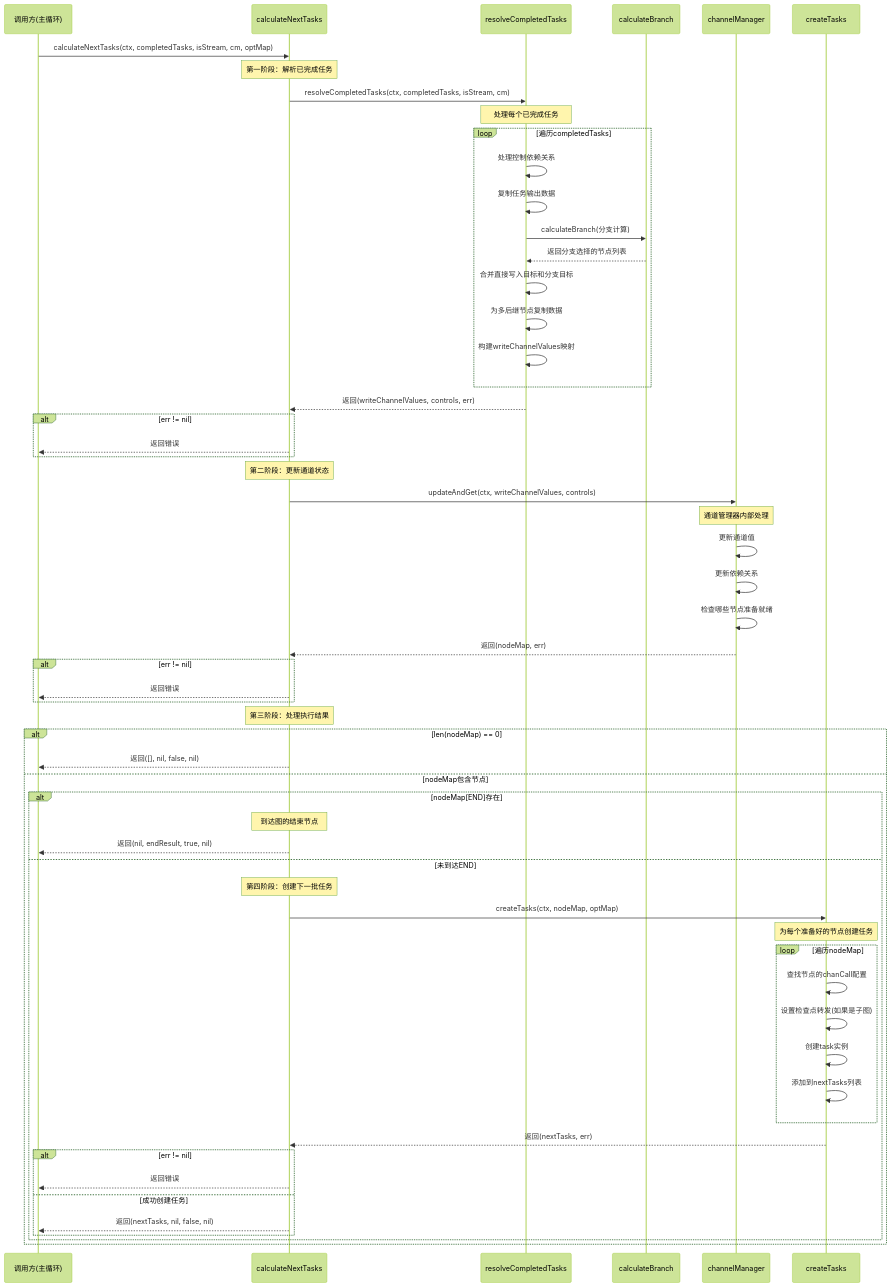
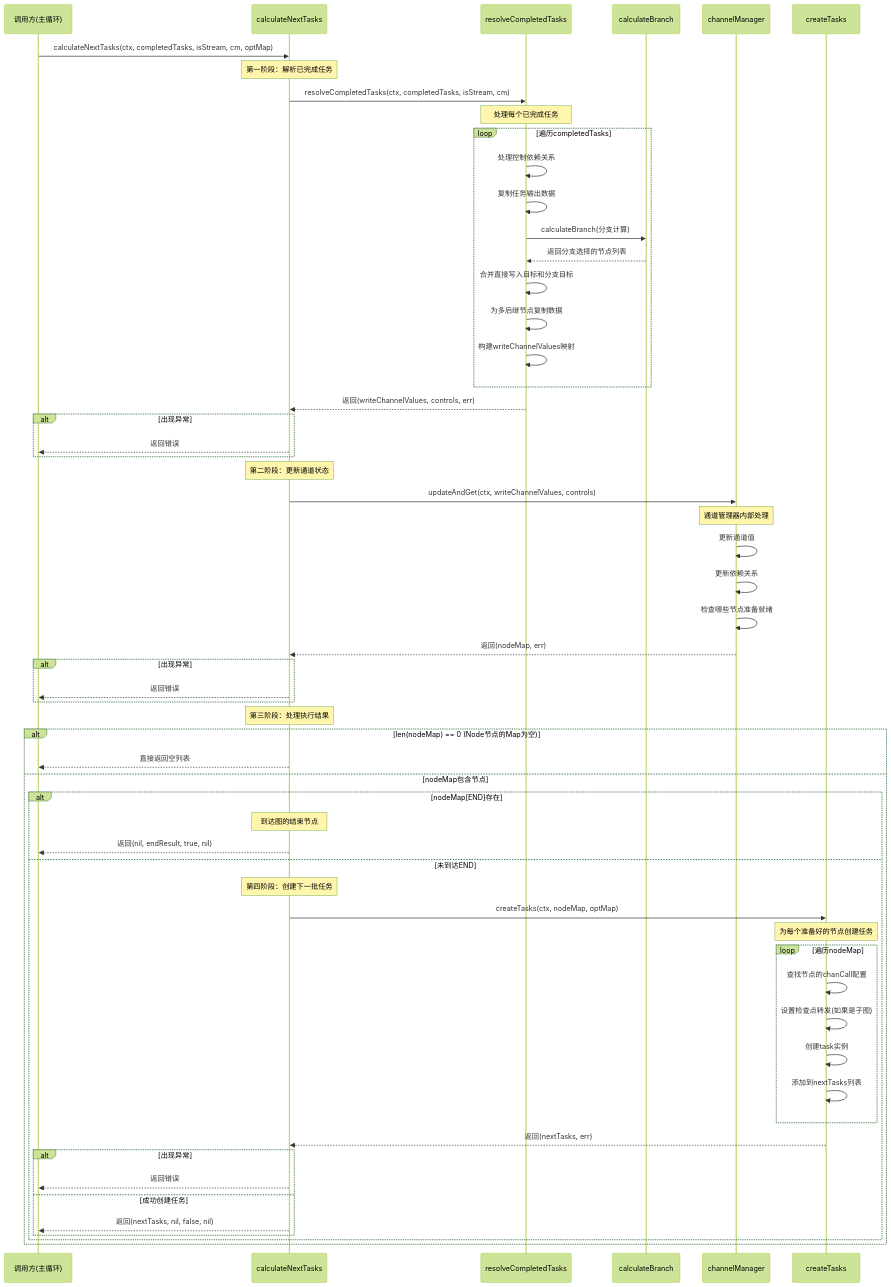
Diagram 28 of 34 in content/posts/job/coze-workflow-analysis.md (SwimmingLiu/BlogAutoUpdate), drawn with Mermaid (forest theme) before and after one commit. The commit also changed other lines of this file and 16 other files, not shown here.

````diff
--- a/content/posts/job/coze-workflow-analysis.md
+++ b/content/posts/job/coze-workflow-analysis.md
@@ -2252,73 +2250,73 @@
 ```mermaid
 sequenceDiagram
     participant Caller as 调用方(主循环)
     participant CNT as calculateNextTasks
     participant RCT as resolveCompletedTasks
     participant CB as calculateBranch
     participant CM as channelManager
     participant CT as createTasks
 
     Caller->>CNT: calculateNextTasks(ctx, completedTasks, isStream, cm, optMap)
     
     note over CNT: 第一阶段：解析已完成任务
     CNT->>RCT: resolveCompletedTasks(ctx, completedTasks, isStream, cm)
     
     note over RCT: 处理每个已完成任务
     loop 遍历completedTasks
         RCT->>RCT: 处理控制依赖关系
         RCT->>RCT: 复制任务输出数据
         RCT->>CB: calculateBranch(分支计算)
         CB-->>RCT: 返回分支选择的节点列表
         RCT->>RCT: 合并直接写入目标和分支目标
         RCT->>RCT: 为多后继节点复制数据
         RCT->>RCT: 构建writeChannelValues映射
     end
     
     RCT-->>CNT: 返回(writeChannelValues, controls, err)
     
-    alt err != nil
+    alt 出现异常
         CNT-->>Caller: 返回错误
     end
     
     note over CNT: 第二阶段：更新通道状态
     CNT->>CM: updateAndGet(ctx, writeChannelValues, controls)
     
     note over CM: 通道管理器内部处理
     CM->>CM: 更新通道值
     CM->>CM: 更新依赖关系
     CM->>CM: 检查哪些节点准备就绪
     CM-->>CNT: 返回(nodeMap, err)
     
-    alt err != nil
+    alt 出现异常
         CNT-->>Caller: 返回错误
     end
     
     note over CNT: 第三阶段：处理执行结果
-    alt len(nodeMap) == 0
-        CNT-->>Caller: 返回([], nil, false, nil)
+    alt len(nodeMap) == 0 (Node节点的Map为空)
+        CNT-->>Caller: 直接返回空列表
     else nodeMap包含节点
         alt nodeMap[END]存在
             note over CNT: 到达图的结束节点
             CNT-->>Caller: 返回(nil, endResult, true, nil)
         else 未到达END
             note over CNT: 第四阶段：创建下一批任务
             CNT->>CT: createTasks(ctx, nodeMap, optMap)
             
             note over CT: 为每个准备好的节点创建任务
             loop 遍历nodeMap
                 CT->>CT: 查找节点的chanCall配置
                 CT->>CT: 设置检查点转发(如果是子图)
                 CT->>CT: 创建task实例
                 CT->>CT: 添加到nextTasks列表
             end
             
             CT-->>CNT: 返回(nextTasks, err)
             
-            alt err != nil
+            alt 出现异常
                 CNT-->>Caller: 返回错误
             else 成功创建任务
                 CNT-->>Caller: 返回(nextTasks, nil, false, nil)
             end
         end
     end
 ```
````
